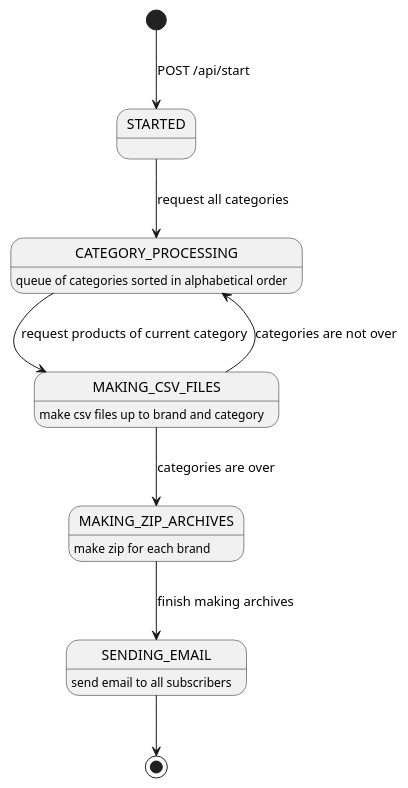
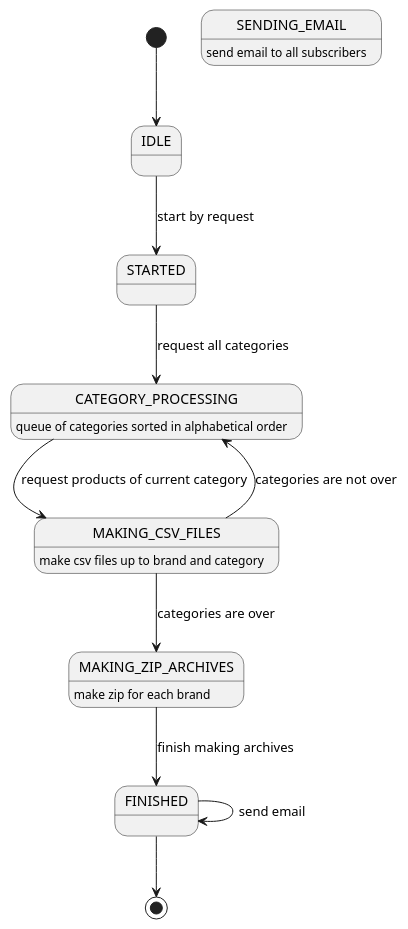
Before and after one commit to KiryaHandsome/restful-state-machine: the diagram in uml/StateMachineUML.puml, drawn with PlantUML. The commit also changed 4 other files, not shown here.

```diff
--- a/uml/StateMachineUML.puml
+++ b/uml/StateMachineUML.puml
@@ -1,22 +1,26 @@
 @startuml
 
-[*] --> STARTED: POST /api/start
+[*] --> IDLE
+
+IDLE --> STARTED: start by request
 
 STARTED --> CATEGORY_PROCESSING : request all categories
 
 CATEGORY_PROCESSING --> MAKING_CSV_FILES : request products of current category
 
 MAKING_CSV_FILES --> CATEGORY_PROCESSING : categories are not over
 
 MAKING_CSV_FILES --> MAKING_ZIP_ARCHIVES : categories are over
 
-MAKING_ZIP_ARCHIVES --> SENDING_EMAIL : finish making archives
+MAKING_ZIP_ARCHIVES --> FINISHED : finish making archives
 
-SENDING_EMAIL --> [*]
+FINISHED --> FINISHED : send email
+
+FINISHED --> [*]
 
 CATEGORY_PROCESSING : queue of categories sorted in alphabetical order
 MAKING_CSV_FILES : make csv files up to brand and category
 MAKING_ZIP_ARCHIVES : make zip for each brand
 SENDING_EMAIL : send email to all subscribers
 
 @enduml
```
